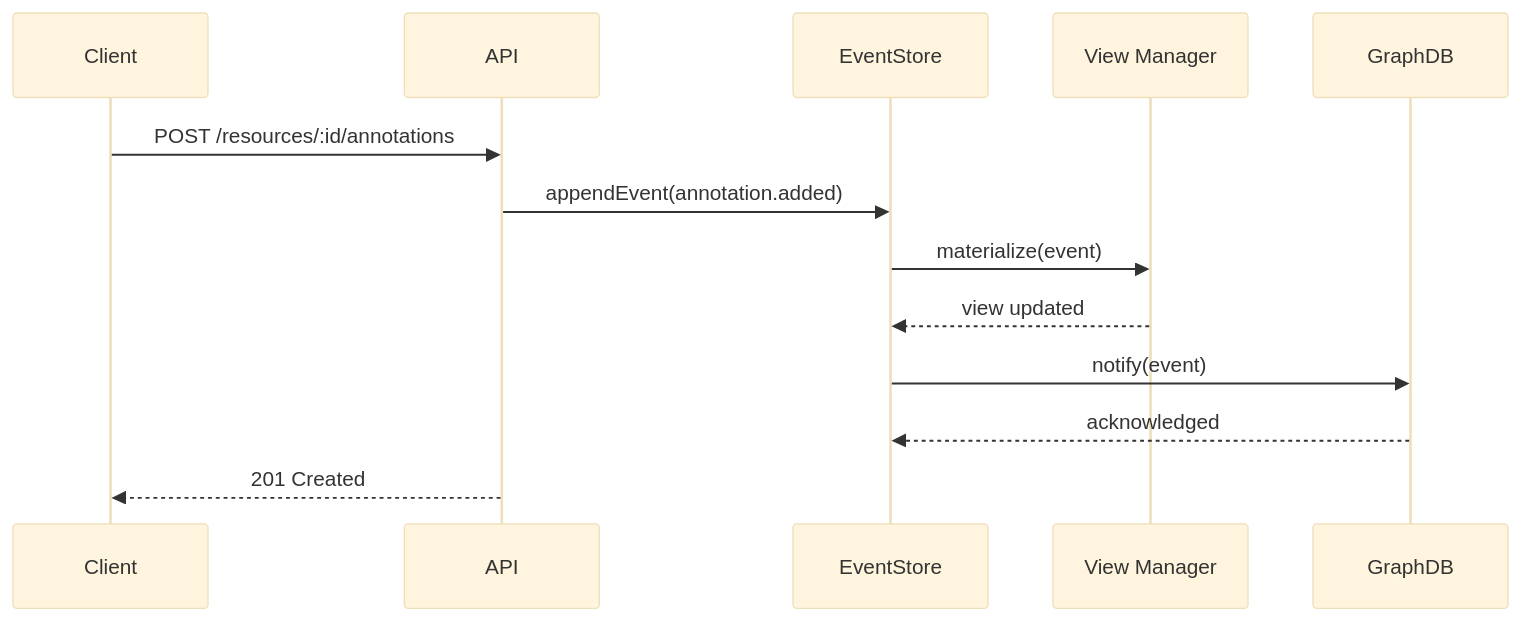
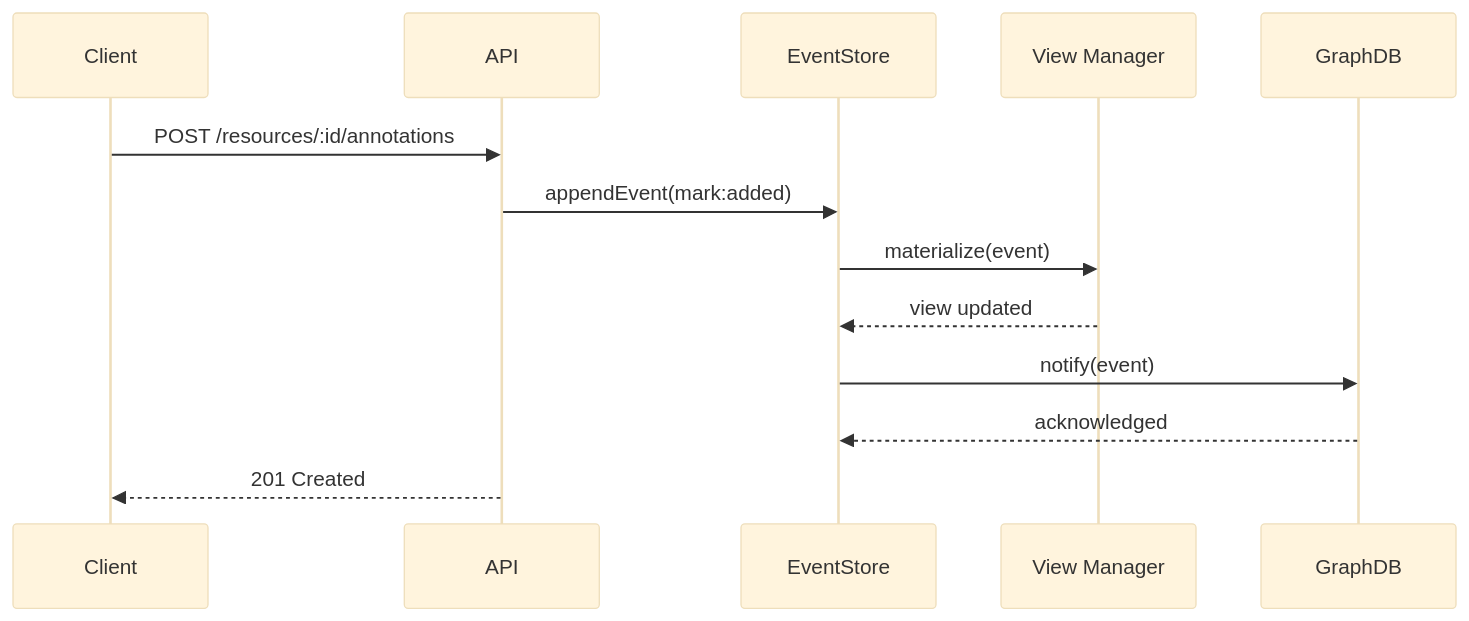
The second of 7 diagrams in apps/backend/docs/DATA-FLOW.md (The-AI-Alliance/semiont), drawn with Mermaid (base theme) before and after one commit. The commit also changed other lines of this file and 123 other files, not shown here.

````diff
--- a/apps/backend/docs/DATA-FLOW.md
+++ b/apps/backend/docs/DATA-FLOW.md
@@ -33,16 +33,16 @@
 ```mermaid
 sequenceDiagram
     participant Client
     participant API
     participant EventStore
     participant ViewMgr as View Manager
     participant GraphDB
 
     Client->>API: POST /resources/:id/annotations
-    API->>EventStore: appendEvent(annotation.added)
+    API->>EventStore: appendEvent(mark:added)
     EventStore->>ViewMgr: materialize(event)
     ViewMgr-->>EventStore: view updated
     EventStore->>GraphDB: notify(event)
     GraphDB-->>EventStore: acknowledged
     API-->>Client: 201 Created
 ```
````
